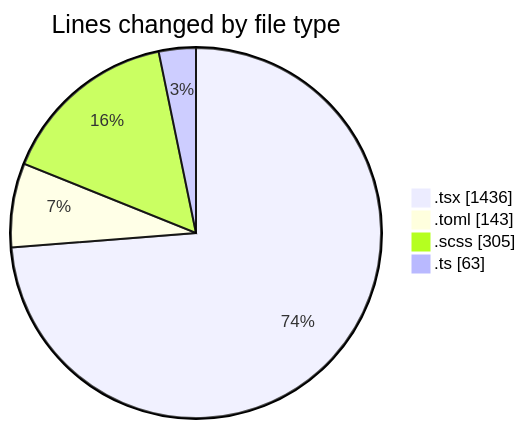
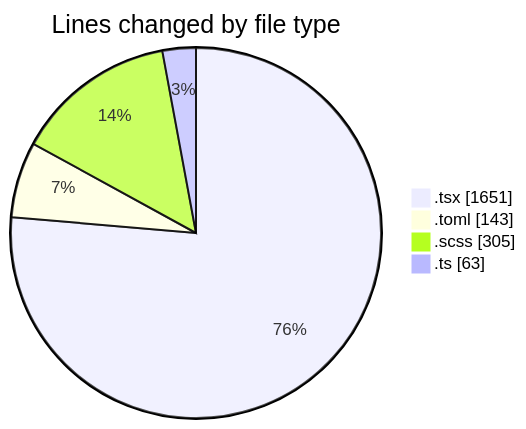
One commit to momahboobian/code-tracking changed the first of 2 diagrams in 2026-11-02/cda/README.md. Above: the diagram before and after it, drawn with Mermaid. The commit also changed other lines of this file and 1 other file, not shown here.

````diff
--- a/2026-11-02/cda/README.md
+++ b/2026-11-02/cda/README.md
@@ -30,8 +31,8 @@
 ```mermaid
 pie showData
 title Lines changed by file type
-".tsx" : 1436
+".tsx" : 1651
 ".toml" : 143
 ".scss" : 305
 ".ts" : 63
 ```
````
